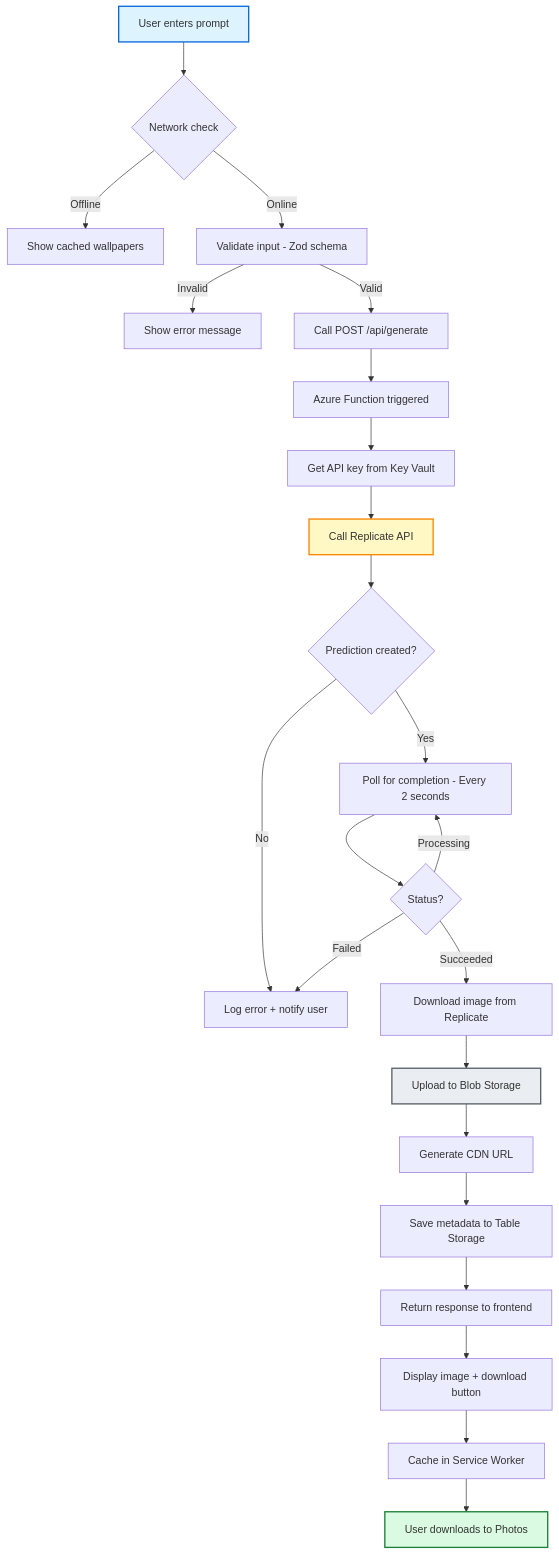
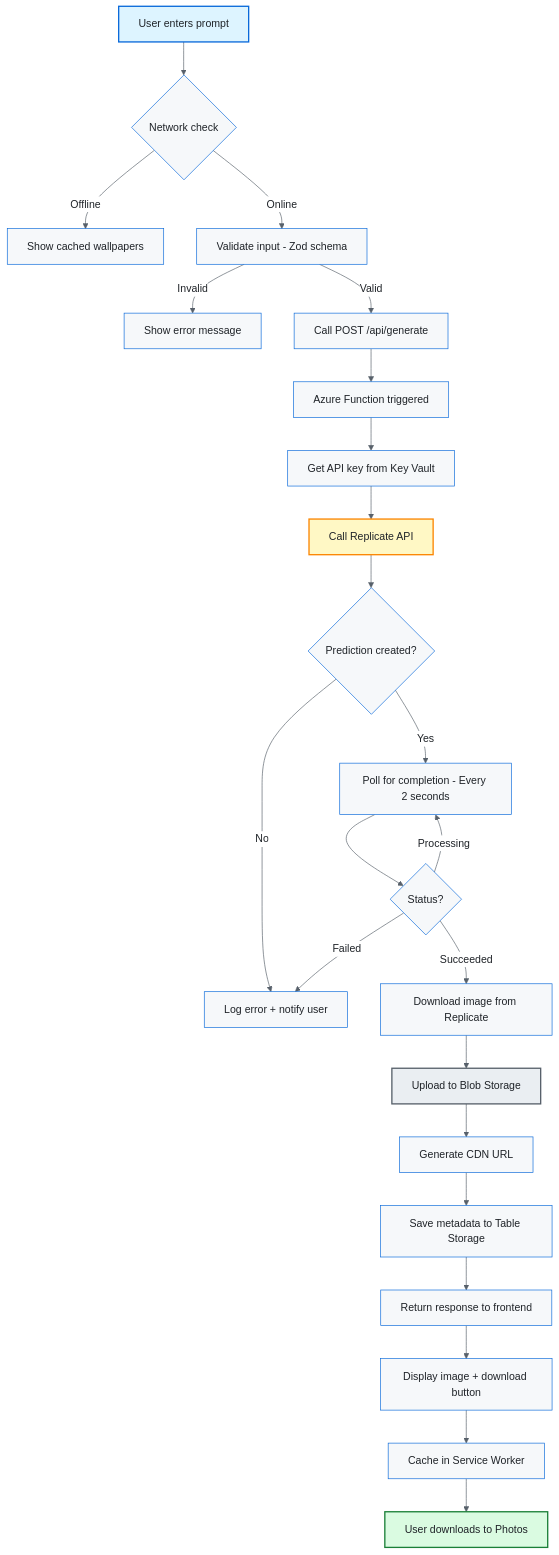
Before and after one commit to fabioc-aloha/ai-wallpaper-generator: the third of 5 diagrams in ARCHITECTURE.md, drawn with Mermaid. The commit also changed other lines of this file and 2 other files, not shown here.

First line of the commit message:
Polish Mermaid diagrams with GitHub Primer theme

````diff
--- a/ARCHITECTURE.md
+++ b/ARCHITECTURE.md
@@ -529,30 +538,36 @@
 ```mermaid
+%%{init: {'theme':'base', 'themeVariables': {'primaryColor':'#ddf4ff','primaryTextColor':'#1f2328','primaryBorderColor':'#0969DA','lineColor':'#57606a','secondaryColor':'#fbefff','tertiaryColor':'#dafbe1','background':'#ffffff','mainBkg':'#f6f8fa','edgeLabelBackground':'#ffffff','nodeTextColor':'#1f2328'}}}%%
 flowchart TD
     A[User enters prompt] --> B{Network check}
     B -->|Offline| C[Show cached wallpapers]
     B -->|Online| D[Validate input - Zod schema]
     D -->|Invalid| E[Show error message]
     D -->|Valid| F[Call POST /api/generate]
     F --> G[Azure Function triggered]
     G --> H[Get API key from Key Vault]
     H --> I[Call Replicate API]
     I --> J{Prediction created?}
     J -->|No| K[Log error + notify user]
     J -->|Yes| L[Poll for completion - Every 2 seconds]
     L --> M{Status?}
     M -->|Processing| L
     M -->|Failed| K
     M -->|Succeeded| N[Download image from Replicate]
     N --> O[Upload to Blob Storage]
     O --> P[Generate CDN URL]
     P --> Q[Save metadata to Table Storage]
     Q --> R[Return response to frontend]
     R --> S[Display image + download button]
     S --> T[Cache in Service Worker]
     T --> U[User downloads to Photos]
 
-    style A fill:#ddf4ff,stroke:#0969DA,stroke-width:2px
-    style I fill:#fff8c5,stroke:#fb8500,stroke-width:2px
-    style O fill:#eaeef2,stroke:#57606a,stroke-width:2px
-    style U fill:#dafbe1,stroke:#1a7f37,stroke-width:2px
+    classDef inputStyle fill:#ddf4ff,stroke:#0969DA,stroke-width:2px,color:#1f2328
+    classDef aiStyle fill:#fff8c5,stroke:#fb8500,stroke-width:2px,color:#1f2328
+    classDef storageStyle fill:#eaeef2,stroke:#57606a,stroke-width:2px,color:#1f2328
+    classDef successStyle fill:#dafbe1,stroke:#1a7f37,stroke-width:2px,color:#1f2328
+
+    class A inputStyle
+    class I aiStyle
+    class O storageStyle
+    class U successStyle
 ```
````
